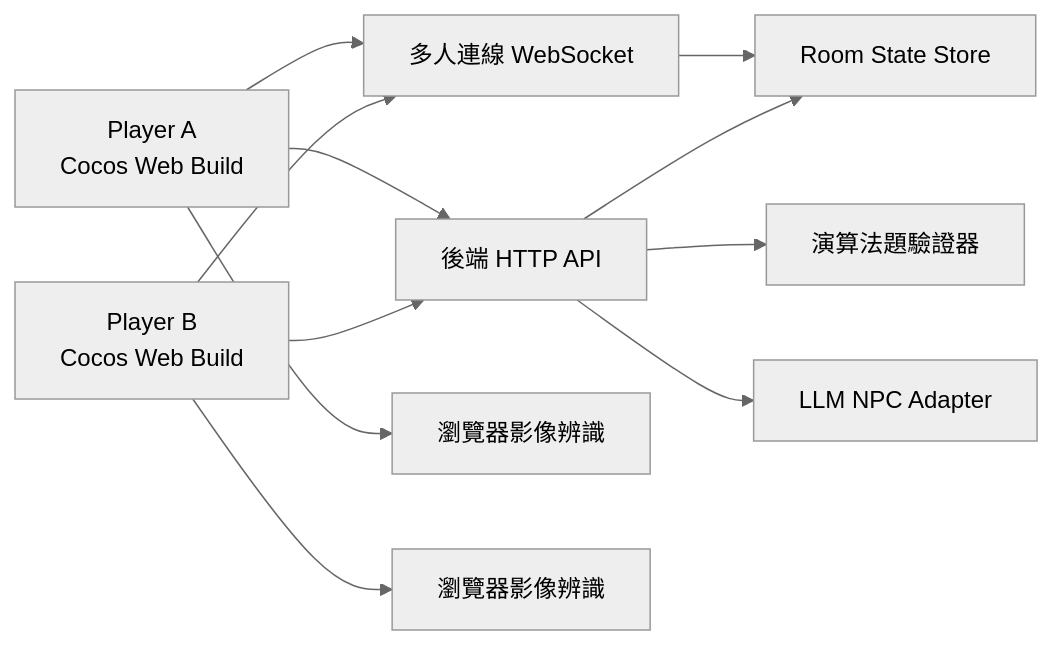
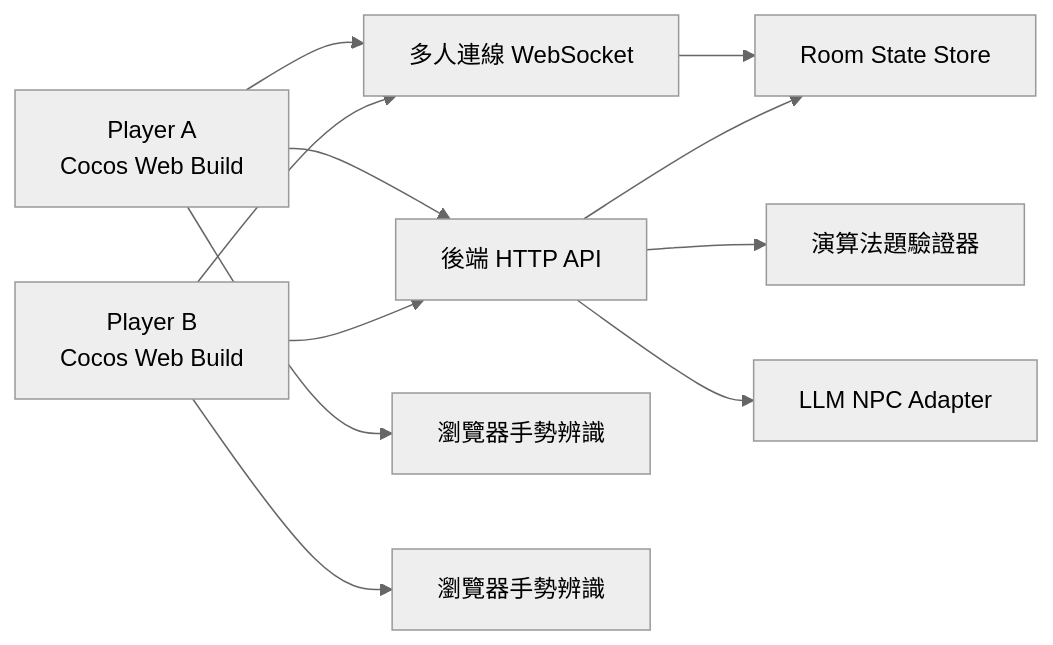
The diagram in docs/specs/escape-nthu/design.md (escape-nthu/escape-nthu), drawn with Mermaid (neutral theme) before and after one commit. The commit also changed other lines of this file and 7 other files, not shown here.

````diff
--- a/docs/specs/escape-nthu/design.md
+++ b/docs/specs/escape-nthu/design.md
@@ -25,13 +25,13 @@
 ```mermaid
 flowchart LR
   A["Player A<br/>Cocos Web Build"] --> WS["多人連線 WebSocket"]
   B["Player B<br/>Cocos Web Build"] --> WS
   A --> API["後端 HTTP API"]
   B --> API
   API --> Puzzle["演算法題驗證器"]
   API --> LLM["LLM NPC Adapter"]
-  A --> VisionA["瀏覽器影像辨識"]
-  B --> VisionB["瀏覽器影像辨識"]
+  A --> VisionA["瀏覽器手勢辨識"]
+  B --> VisionB["瀏覽器手勢辨識"]
   WS --> State["Room State Store"]
   API --> State
 ```
````
